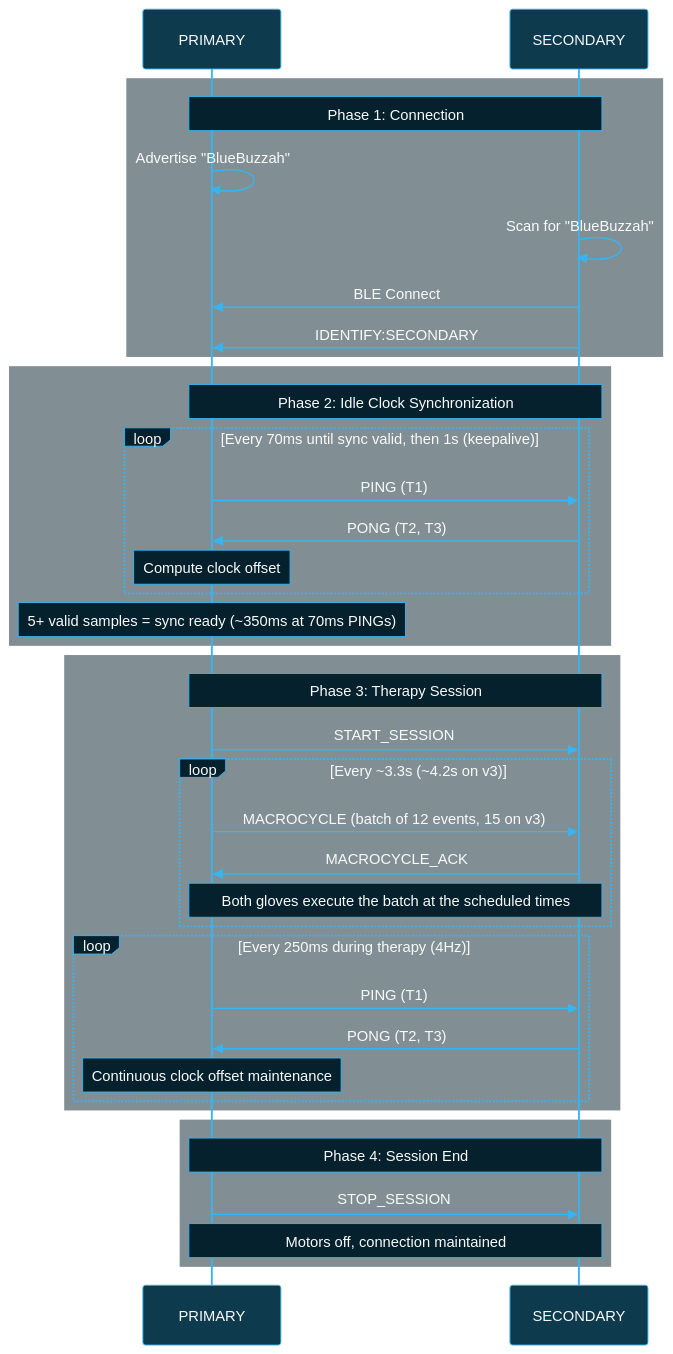
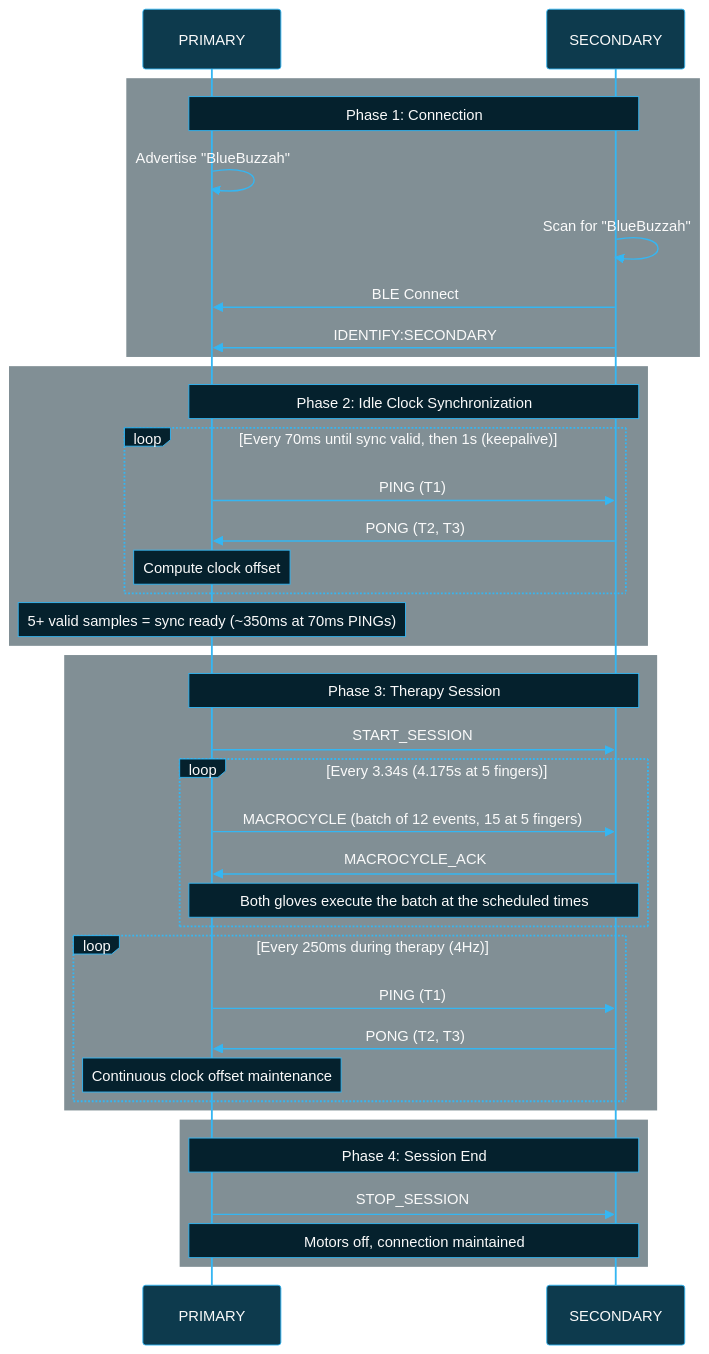
Before and after one commit to BlueBuzzah/BlueBuzzah-Firmware: the first of 5 diagrams in docs/SYNCHRONIZATION_PROTOCOL.md, drawn with Mermaid. The commit also changed other lines of this file and 4 other files, not shown here.

````diff
--- a/docs/SYNCHRONIZATION_PROTOCOL.md
+++ b/docs/SYNCHRONIZATION_PROTOCOL.md
@@ -31,69 +31,69 @@
 ```mermaid
 %%{init: {'theme': 'base', 'themeVariables': {
   'primaryColor': '#0d3a4d',
   'primaryTextColor': '#fafafa',
   'primaryBorderColor': '#35B6F2',
   'lineColor': '#35B6F2',
   'secondaryColor': '#05212D',
   'tertiaryColor': '#0a0a0a',
   'background': '#0a0a0a',
   'actorBkg': '#0d3a4d',
   'actorBorder': '#35B6F2',
   'actorTextColor': '#fafafa',
   'actorLineColor': '#35B6F2',
   'signalColor': '#35B6F2',
   'signalTextColor': '#fafafa',
   'labelBoxBkgColor': '#05212D',
   'labelBoxBorderColor': '#35B6F2',
   'labelTextColor': '#fafafa',
   'loopTextColor': '#fafafa',
   'noteBkgColor': '#05212D',
   'noteBorderColor': '#35B6F2',
   'noteTextColor': '#fafafa',
   'activationBkgColor': '#0d3a4d',
   'activationBorderColor': '#35B6F2',
   'sequenceNumberColor': '#fafafa'
 }}}%%
 sequenceDiagram
     participant P as PRIMARY
     participant S as SECONDARY
 
     rect rgba(5, 33, 45, 0.5)
         Note over P,S: Phase 1: Connection
         P->>P: Advertise "BlueBuzzah"
         S->>S: Scan for "BlueBuzzah"
         S->>P: BLE Connect
         S->>P: IDENTIFY:SECONDARY
     end
 
     rect rgba(5, 33, 45, 0.5)
         Note over P,S: Phase 2: Idle Clock Synchronization
         loop Every 70ms until sync valid, then 1s (keepalive)
             P->>S: PING (T1)
             S->>P: PONG (T2, T3)
             Note over P: Compute clock offset
         end
         Note over P: 5+ valid samples = sync ready (~350ms at 70ms PINGs)
     end
 
     rect rgba(5, 33, 45, 0.5)
         Note over P,S: Phase 3: Therapy Session
         P->>S: START_SESSION
-        loop Every ~3.3s (~4.2s on v3)
-            P->>S: MACROCYCLE (batch of 12 events, 15 on v3)
+        loop Every 3.34s (4.175s at 5 fingers)
+            P->>S: MACROCYCLE (batch of 12 events, 15 at 5 fingers)
             S->>P: MACROCYCLE_ACK
             Note over P,S: Both gloves execute the batch at the scheduled times
         end
         loop Every 250ms during therapy (4Hz)
             P->>S: PING (T1)
             S->>P: PONG (T2, T3)
             Note over P: Continuous clock offset maintenance
         end
     end
 
     rect rgba(5, 33, 45, 0.5)
         Note over P,S: Phase 4: Session End
         P->>S: STOP_SESSION
         Note over P,S: Motors off, connection maintained
     end
 ```
````
